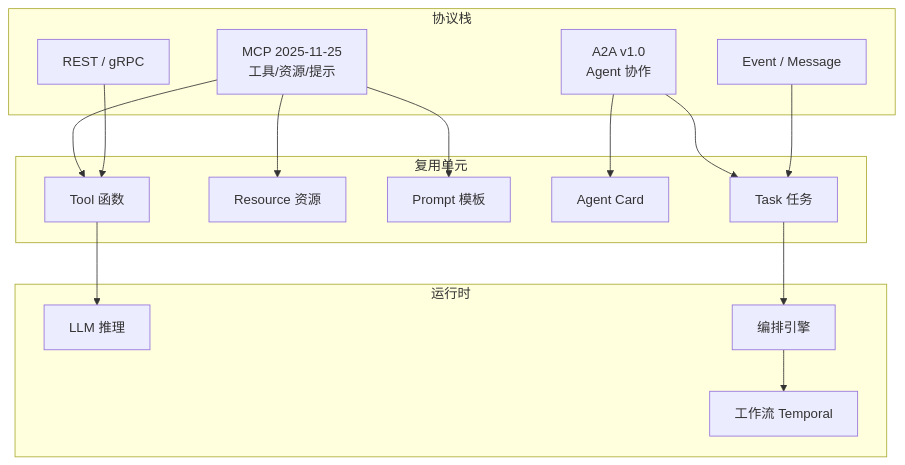
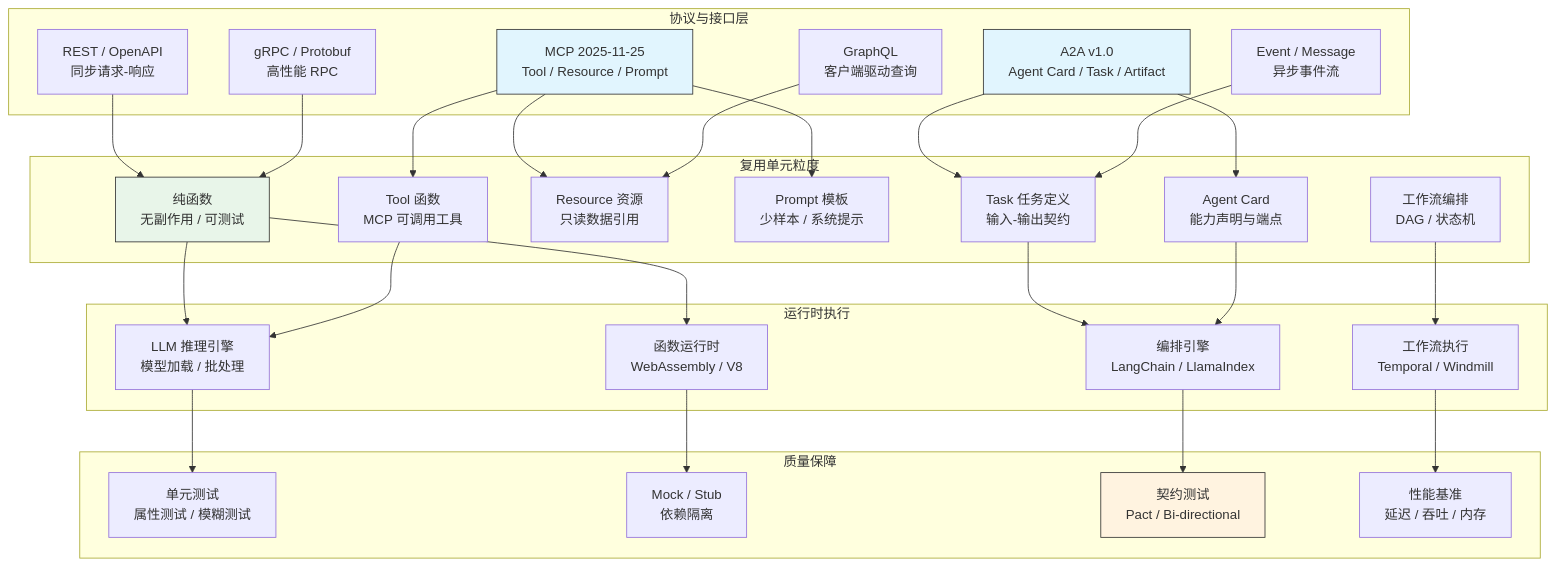
One commit to AdaMartin18010/Architecture changed the diagram in struct/99-reference/visualizations/05-functional-architecture-reuse.mmd. Above: the diagram before and after it, drawn with Mermaid. The commit also changed 45 other files, not shown here.

```diff
--- a/struct/99-reference/visualizations/05-functional-architecture-reuse.mmd
+++ b/struct/99-reference/visualizations/05-functional-architecture-reuse.mmd
@@ -1,32 +1,59 @@
+%% 版本: 2026-06-10 | 状态: B3 完成 | 主题: 05 功能架构复用
 flowchart TB
-    subgraph 协议栈
-        MCP["MCP 2025-11-25<br/>工具/资源/提示"]
-        A2A["A2A v1.0<br/>Agent 协作"]
-        REST["REST / gRPC"]
-        EVT["Event / Message"]
+    subgraph "协议与接口层"
+        MCP["MCP 2025-11-25<br/>Tool / Resource / Prompt"]
+        A2A["A2A v1.0<br/>Agent Card / Task / Artifact"]
+        REST["REST / OpenAPI<br/>同步请求-响应"]
+        GRPC["gRPC / Protobuf<br/>高性能 RPC"]
+        EVT["Event / Message<br/>异步事件流"]
+        GRAPHQL["GraphQL<br/>客户端驱动查询"]
     end
 
-    subgraph 复用单元
-        TOOL["Tool 函数"]
-        RES["Resource 资源"]
-        PROMPT["Prompt 模板"]
-        AGENT["Agent Card"]
-        TASK["Task 任务"]
+    subgraph "复用单元粒度"
+        FUNC["纯函数<br/>无副作用 / 可测试"]
+        TOOL["Tool 函数<br/>MCP 可调用工具"]
+        RES["Resource 资源<br/>只读数据引用"]
+        PROMPT["Prompt 模板<br/>少样本 / 系统提示"]
+        AGENT["Agent Card<br/>能力声明与端点"]
+        TASK["Task 任务定义<br/>输入-输出契约"]
+        WORKFLOW["工作流编排<br/>DAG / 状态机"]
     end
 
-    subgraph 运行时
-        LLM["LLM 推理"]
-        ORCH["编排引擎"]
-        WF["工作流 Temporal"]
+    subgraph "运行时执行"
+        LLM["LLM 推理引擎<br/>模型加载 / 批处理"]
+        ORCH["编排引擎<br/>LangChain / LlamaIndex"]
+        WF_E["工作流执行<br/>Temporal / Windmill"]
+        FUNC_R["函数运行时<br/>WebAssembly / V8"]
+    end
+
+    subgraph "质量保障"
+        TEST["单元测试<br/>属性测试 / 模糊测试"]
+        MOCK["Mock / Stub<br/>依赖隔离"]
+        CONT_I["契约测试<br/>Pact / Bi-directional"]
+        PERF["性能基准<br/>延迟 / 吞吐 / 内存"]
     end
 
     MCP --> TOOL
     MCP --> RES
     MCP --> PROMPT
     A2A --> AGENT
     A2A --> TASK
+    REST --> FUNC
+    GRPC --> FUNC
+    EVT --> TASK
+    GRAPHQL --> RES
+    FUNC --> LLM
     TOOL --> LLM
     TASK --> ORCH
-    ORCH --> WF
-    REST --> TOOL
-    EVT --> TASK
+    WORKFLOW --> WF_E
+    FUNC --> FUNC_R
+    AGENT --> ORCH
+    LLM --> TEST
+    FUNC_R --> MOCK
+    ORCH --> CONT_I
+    WF_E --> PERF
+
+    style MCP fill:#e1f5fe,stroke:#333
+    style A2A fill:#e1f5fe,stroke:#333
+    style FUNC fill:#e8f5e9,stroke:#333
+    style CONT_I fill:#fff3e0,stroke:#333
```
